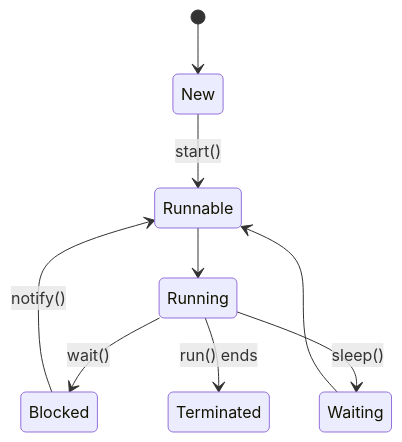
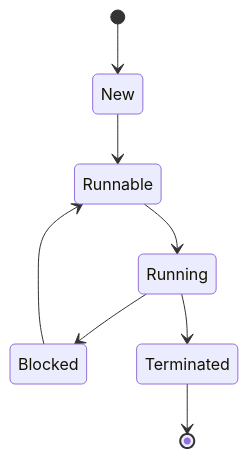
One commit to VrushankPatel/interview-matters changed the diagram in multithreading-and-concurrency-in-java/README.md. Above: the diagram before and after it, drawn with Mermaid. The commit also changed other lines of this file and 5 other files, not shown here.

````diff
--- a/multithreading-and-concurrency-in-java/README.md
+++ b/multithreading-and-concurrency-in-java/README.md
@@ -32,11 +19,10 @@
 ```mermaid
 stateDiagram-v2
     [*] --> New
-    New --> Runnable : start()
+    New --> Runnable
     Runnable --> Running
-    Running --> Blocked : wait()
-    Blocked --> Runnable : notify()
-    Running --> Waiting : sleep()
-    Waiting --> Runnable
-    Running --> Terminated : run() ends
+    Running --> Blocked
+    Blocked --> Runnable
+    Running --> Terminated
+    Terminated --> [*]
 ```
````
